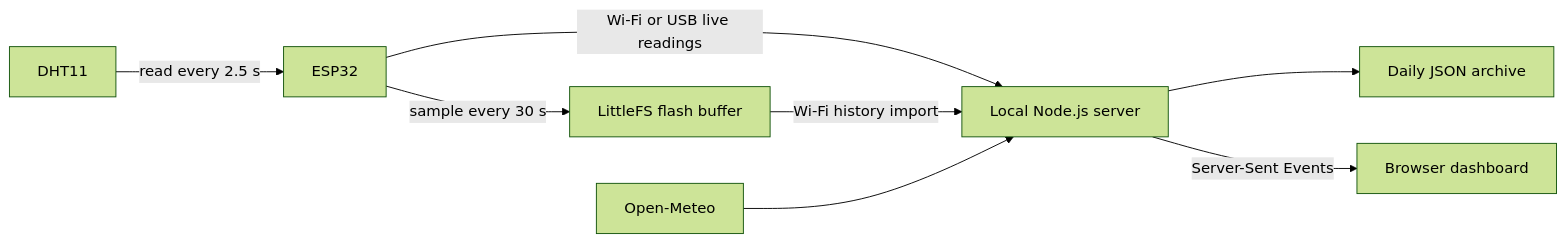
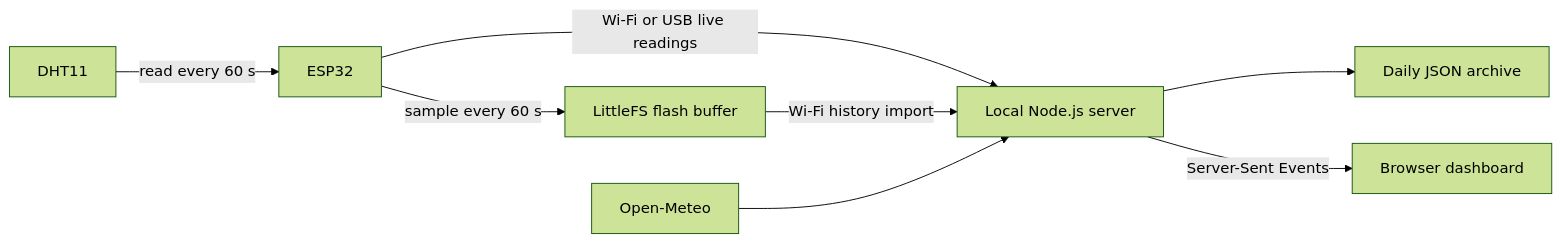
Before and after one commit to lsvt-commits/esp32-room-climate-monitor: the diagram in README.md, drawn with Mermaid (forest theme). The commit also changed other lines of this file and 8 other files, not shown here.

````diff
--- a/README.md
+++ b/README.md
@@ -58,10 +58,10 @@
 ```mermaid
 flowchart LR
-    A[DHT11] -->|read every 2.5 s| B[ESP32]
-    B -->|sample every 30 s| C[LittleFS flash buffer]
+    A[DHT11] -->|read every 60 s| B[ESP32]
+    B -->|sample every 60 s| C[LittleFS flash buffer]
     B -->|Wi-Fi or USB live readings| D[Local Node.js server]
     C -->|Wi-Fi history import| D
     E[Open-Meteo] --> D
     D --> F[Daily JSON archive]
     D -->|Server-Sent Events| G[Browser dashboard]
 ```
````
